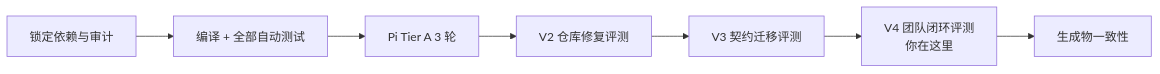
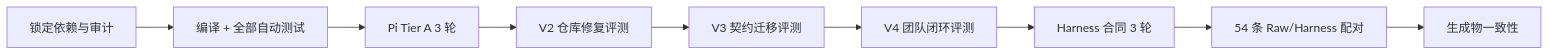
One commit to LarryBUPT/A-Pidoc changed the diagram in docs/verification.md. Above: the diagram before and after it, drawn with Mermaid. The commit also changed other lines of this file and 4 other files, not shown here.

````diff
--- a/docs/verification.md
+++ b/docs/verification.md
@@ -9,9 +9,11 @@
 ```mermaid
 flowchart LR
     A[锁定依赖与审计] --> B[编译 + 全部自动测试]
     B --> C[Pi Tier A 3 轮]
     C --> D[V2 仓库修复评测]
     D --> E[V3 契约迁移评测]
-    E --> F[V4 团队闭环评测<br/>你在这里]
-    F --> G[生成物一致性]
+    E --> F[V4 团队闭环评测]
+    F --> H[Harness 合同 3 轮]
+    H --> I[54 条 Raw/Harness 配对]
+    I --> G[生成物一致性]
 ```
````
